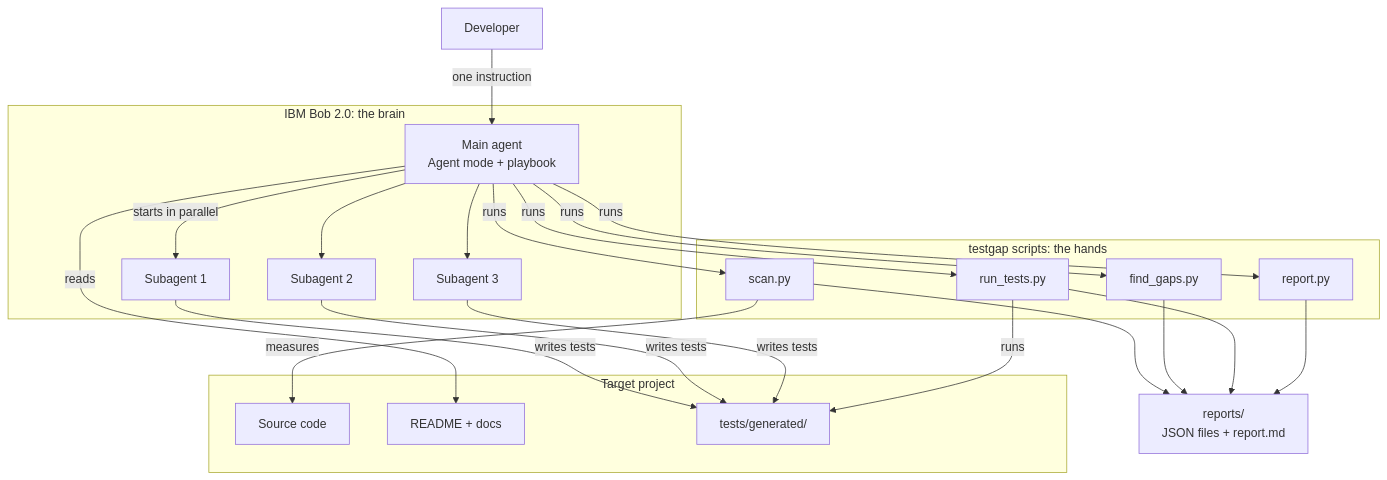
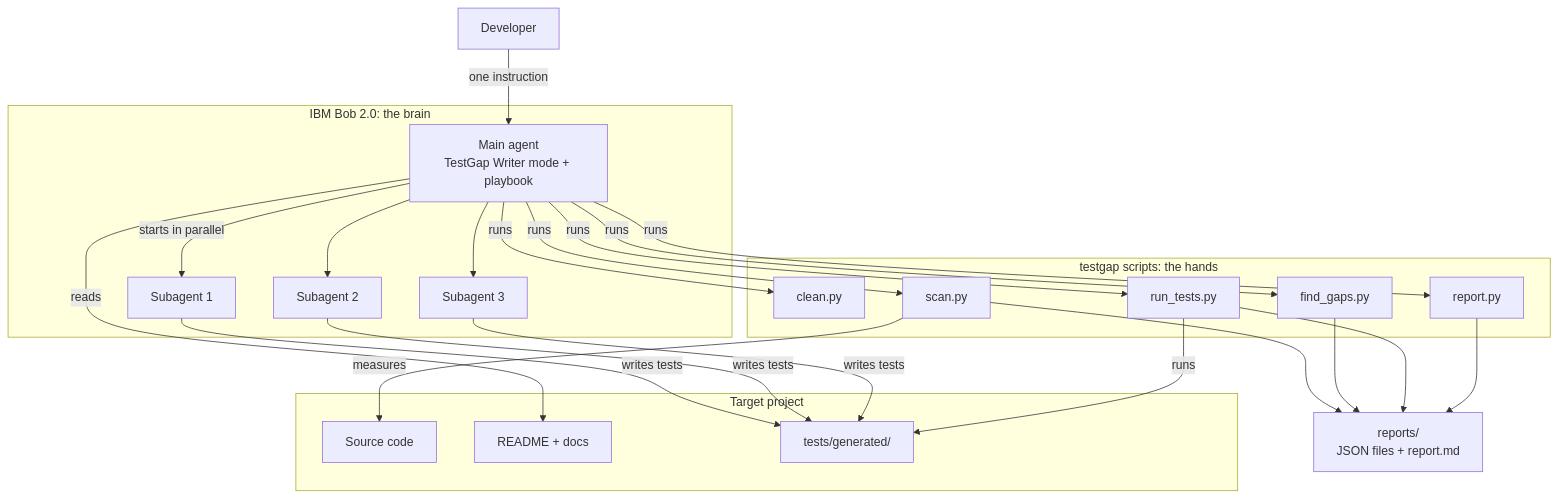
The first of 3 diagrams in docs/03_architecture.md (ShreyJoshi74/testgap-agent), drawn with Mermaid before and after one commit. The commit also changed other lines of this file, not shown here.

````diff
--- a/docs/03_architecture.md
+++ b/docs/03_architecture.md
@@ -20,43 +20,45 @@
 ```mermaid
 flowchart TB
     subgraph BOB["IBM Bob 2.0: the brain"]
-        MAIN["Main agent<br/>Agent mode + playbook"]
+        MAIN["Main agent<br/>TestGap Writer mode + playbook"]
         S1["Subagent 1"]
         S2["Subagent 2"]
         S3["Subagent 3"]
         MAIN -->|"starts in parallel"| S1
         MAIN --> S2
         MAIN --> S3
     end
 
     subgraph HANDS["testgap scripts: the hands"]
+        CLEAN["clean.py"]
         SCAN["scan.py"]
         GAPS["find_gaps.py"]
         RUN["run_tests.py"]
         REP["report.py"]
     end
 
     subgraph PROJ["Target project"]
         SRC["Source code"]
         DOCS["README + docs"]
         GEN["tests/generated/"]
     end
 
     DEV["Developer"] -->|"one instruction"| MAIN
     OUT["reports/<br/>JSON files + report.md"]
 
+    MAIN -->|"runs"| CLEAN
     MAIN -->|"runs"| SCAN
     MAIN -->|"runs"| GAPS
     MAIN -->|"runs"| RUN
     MAIN -->|"runs"| REP
     MAIN -->|"reads"| DOCS
     S1 -->|"writes tests"| GEN
     S2 -->|"writes tests"| GEN
     S3 -->|"writes tests"| GEN
     SCAN -->|"measures"| SRC
     RUN -->|"runs"| GEN
     SCAN --> OUT
     GAPS --> OUT
     RUN --> OUT
     REP --> OUT
 ```
````
